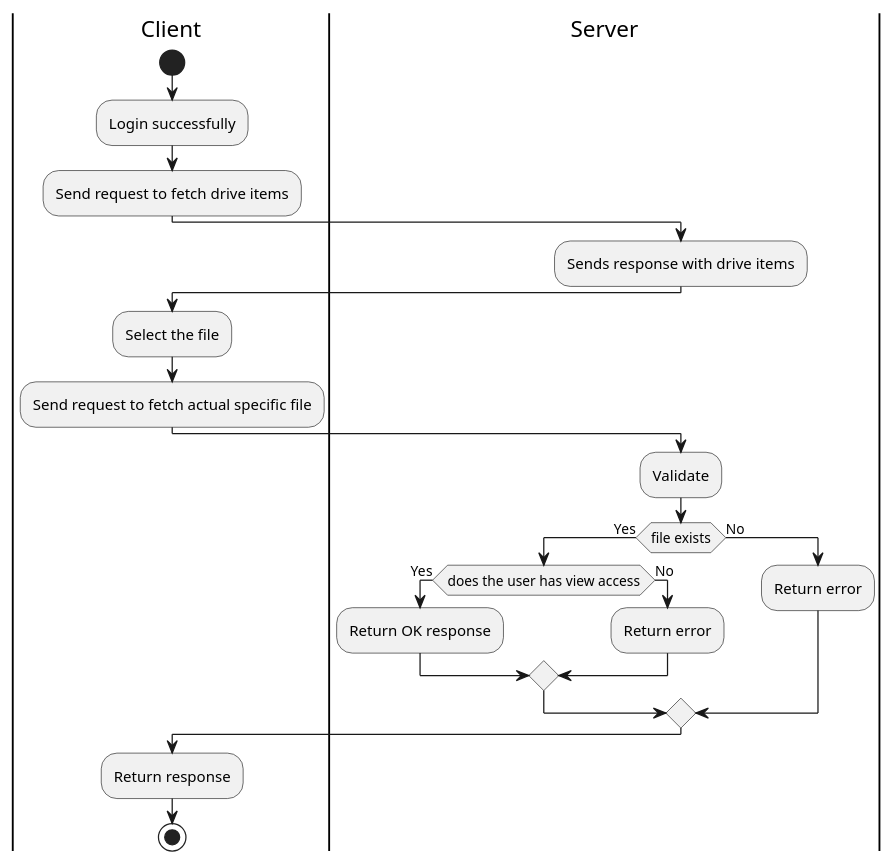
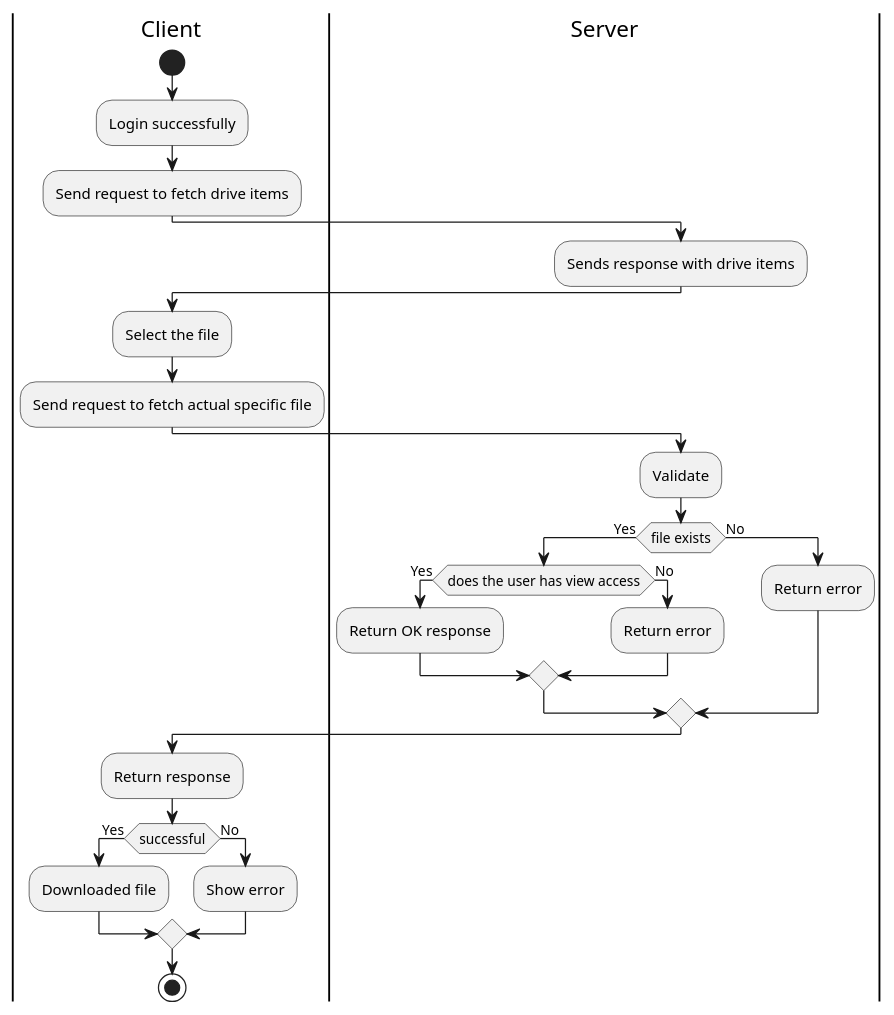
Before and after one commit to hakanyildizhan/pwr-22-spring-css-ii-st-gpp: the diagram in docs/activity-diagrams/view-file.puml, drawn with PlantUML.

```diff
--- a/docs/activity-diagrams/view-file.puml
+++ b/docs/activity-diagrams/view-file.puml
@@ -1,30 +1,37 @@
 @startuml
 |Client|
 start
 |Client|
 :Login successfully;
 :Send request to fetch drive items;
 |Server|
 :Sends response with drive items;
 |Client|
 :Select the file;
 :Send request to fetch actual specific file;
 |Server|
 :Validate;
 if (file exists) then
  ->Yes;
  if (does the user has view access) then
   ->Yes;
   :Return OK response;
  else
   ->No;
   :Return error;
  endif
 else
  -> No;
  :Return error;
 endif
 |Client|
 :Return response;
+if(successful) then
+->Yes;
+:Downloaded file;
+else
+->No;
+:Show error;
+endif
 stop
 @enduml
```
